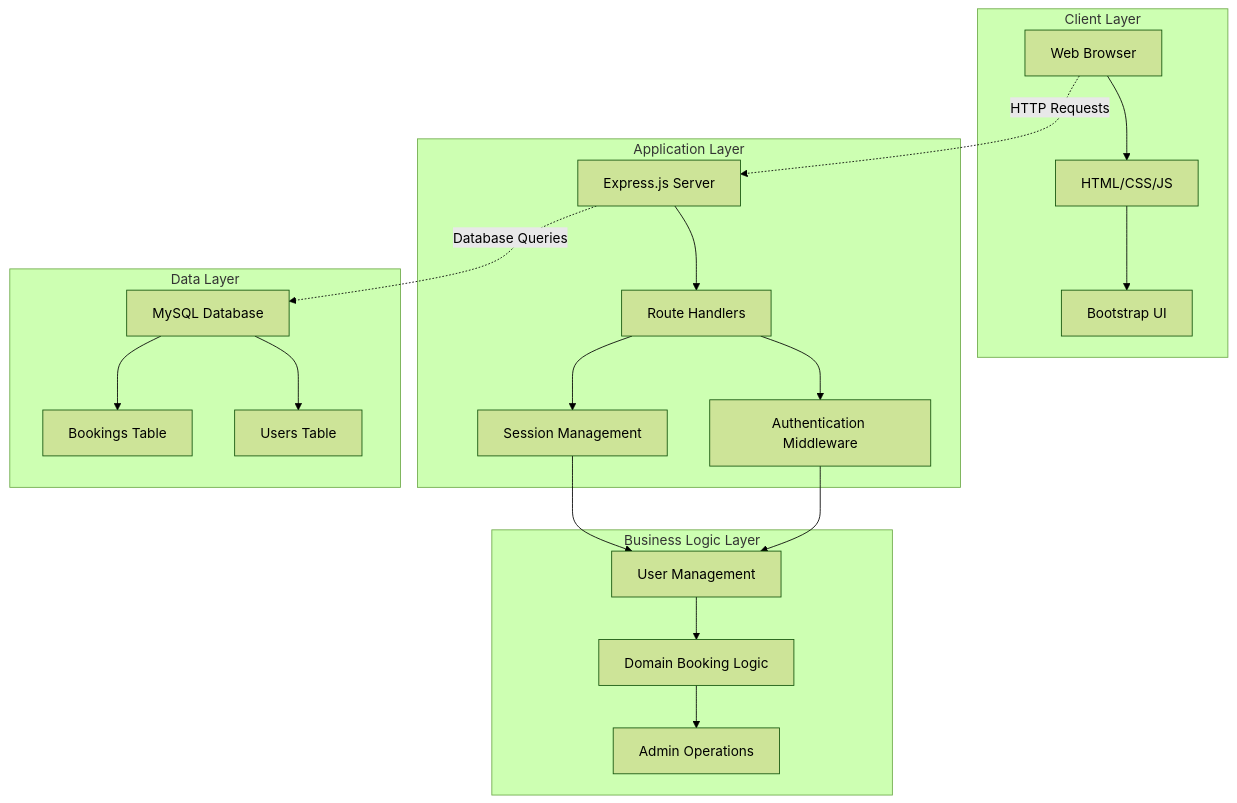
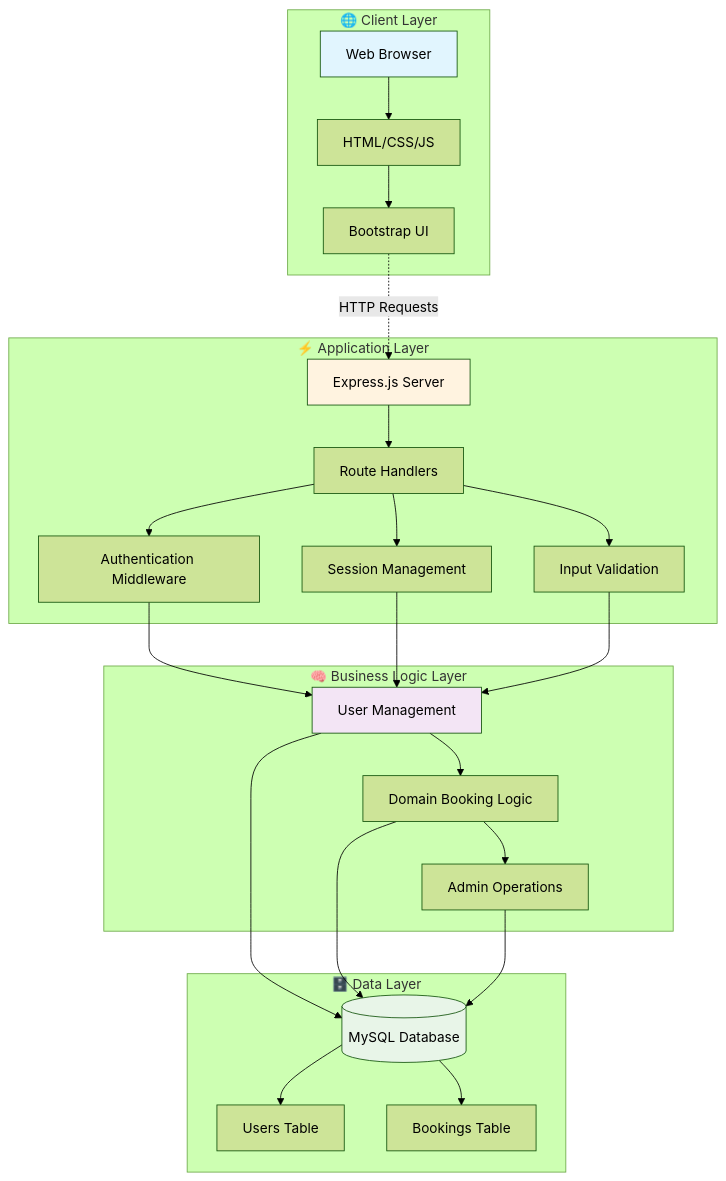
The first of 11 diagrams in README.md (Sandarsh18/Domain-booking-web-app), drawn with Mermaid (forest theme) before and after one commit. The commit also changed other lines of this file, not shown here.

````diff
--- a/README.md
+++ b/README.md
@@ -58,28 +58,37 @@
 ```mermaid
 graph TB
-    subgraph "Client Layer"
+    subgraph "🌐 Client Layer"
         A[Web Browser] --> B[HTML/CSS/JS]
         B --> C[Bootstrap UI]
     end
     
-    subgraph "Application Layer"
+    subgraph "⚡ Application Layer"
         D[Express.js Server] --> E[Route Handlers]
         E --> F[Authentication Middleware]
         E --> G[Session Management]
+        E --> H[Input Validation]
     end
     
-    subgraph "Business Logic Layer"
-        H[User Management] --> I[Domain Booking Logic]
-        I --> J[Admin Operations]
+    subgraph "🧠 Business Logic Layer"
+        I[User Management] --> J[Domain Booking Logic]
+        J --> K[Admin Operations]
     end
     
-    subgraph "Data Layer"
-        K[MySQL Database] --> L[Users Table]
-        K --> M[Bookings Table]
+    subgraph "🗄️ Data Layer"
+        L[(MySQL Database)] --> M[Users Table]
+        L --> N[Bookings Table]
     end
     
-    A -.->|HTTP Requests| D
-    D -.->|Database Queries| K
-    F --> H
-    G --> H
+    C -.->|HTTP Requests| D
+    F --> I
+    G --> I
+    H --> I
+    I --> L
+    J --> L
+    K --> L
+    
+    style A fill:#e1f5fe
+    style D fill:#fff3e0
+    style I fill:#f3e5f5
+    style L fill:#e8f5e8
 ```
````
